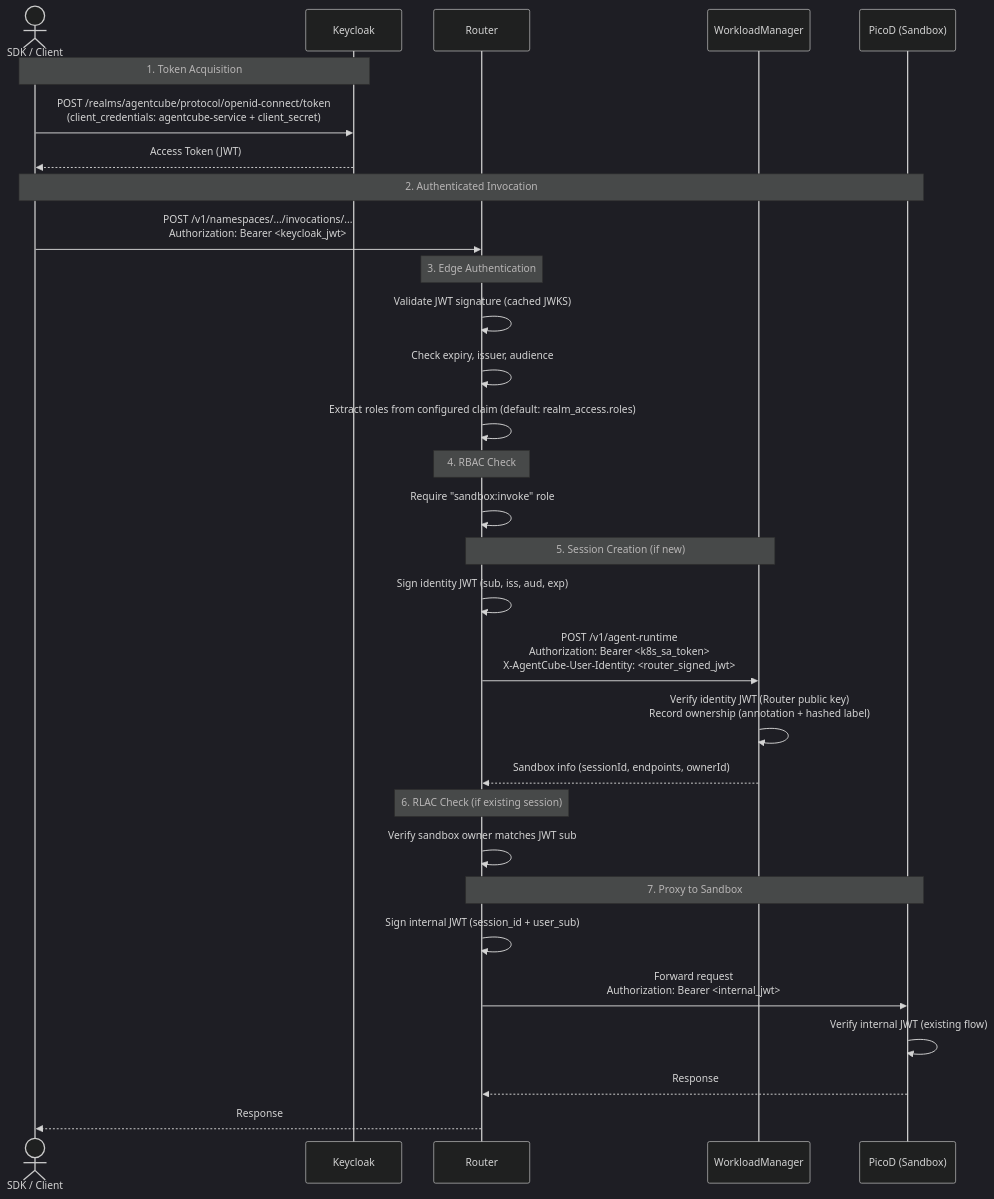
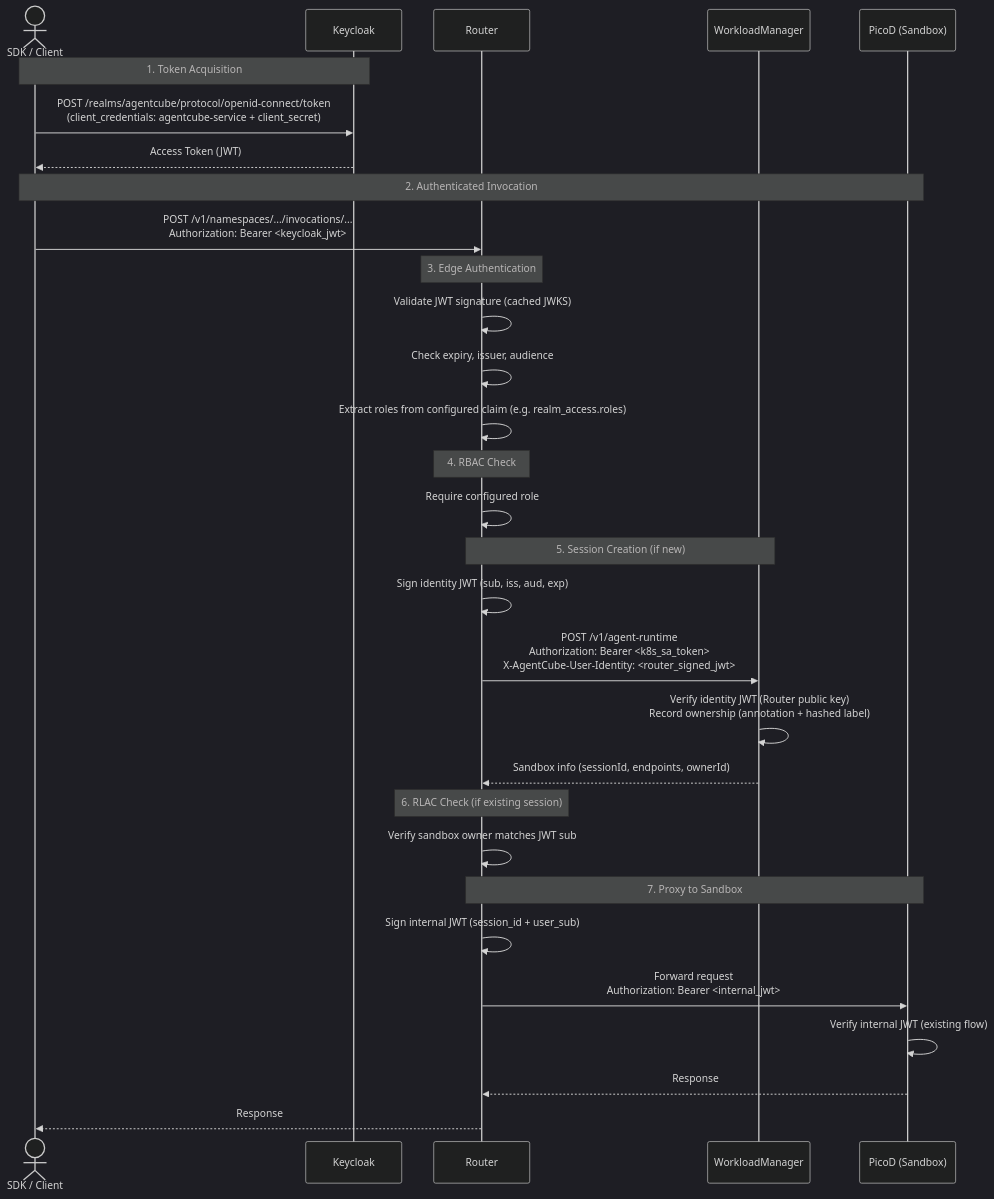
Before and after one commit to volcano-sh/agentcube: the diagram in docs/design/keycloak-proposal.md, drawn with Mermaid (dark theme). The commit also changed other lines of this file and 2 other files, not shown here.

Commit message:
feat(helm): added required role configuration for OIDC in router and values

````diff
--- a/docs/design/keycloak-proposal.md
+++ b/docs/design/keycloak-proposal.md
@@ -22,39 +22,39 @@
 ```mermaid
 sequenceDiagram
     actor SDK as SDK / Client
     participant KC as Keycloak
     participant Router as Router
     participant WM as WorkloadManager
     participant PicoD as PicoD (Sandbox)
 
     Note over SDK, KC: 1. Token Acquisition
     SDK->>KC: POST /realms/agentcube/protocol/openid-connect/token<br/>(client_credentials: agentcube-service + client_secret)
     KC-->>SDK: Access Token (JWT)
 
     Note over SDK, PicoD: 2. Authenticated Invocation
     SDK->>Router: POST /v1/namespaces/.../invocations/...<br/>Authorization: Bearer <keycloak_jwt>
 
     Note over Router: 3. Edge Authentication
     Router->>Router: Validate JWT signature (cached JWKS)
     Router->>Router: Check expiry, issuer, audience
-    Router->>Router: Extract roles from configured claim (default: realm_access.roles)
+    Router->>Router: Extract roles from configured claim (e.g. realm_access.roles)
 
     Note over Router: 4. RBAC Check
-    Router->>Router: Require "sandbox:invoke" role
+    Router->>Router: Require configured role
 
     Note over Router, WM: 5. Session Creation (if new)
     Router->>Router: Sign identity JWT (sub, iss, aud, exp)
     Router->>WM: POST /v1/agent-runtime<br/>Authorization: Bearer <k8s_sa_token><br/>X-AgentCube-User-Identity: <router_signed_jwt>
     WM->>WM: Verify identity JWT (Router public key)<br/>Record ownership (annotation + hashed label)
     WM-->>Router: Sandbox info (sessionId, endpoints, ownerId)
 
     Note over Router: 6. RLAC Check (if existing session)
     Router->>Router: Verify sandbox owner matches JWT sub
 
     Note over Router, PicoD: 7. Proxy to Sandbox
     Router->>Router: Sign internal JWT (session_id + user_sub)
     Router->>PicoD: Forward request<br/>Authorization: Bearer <internal_jwt>
     PicoD->>PicoD: Verify internal JWT (existing flow)
     PicoD-->>Router: Response
     Router-->>SDK: Response
 ```
````
